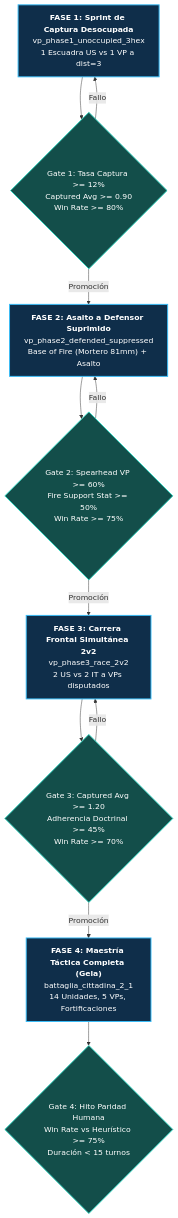
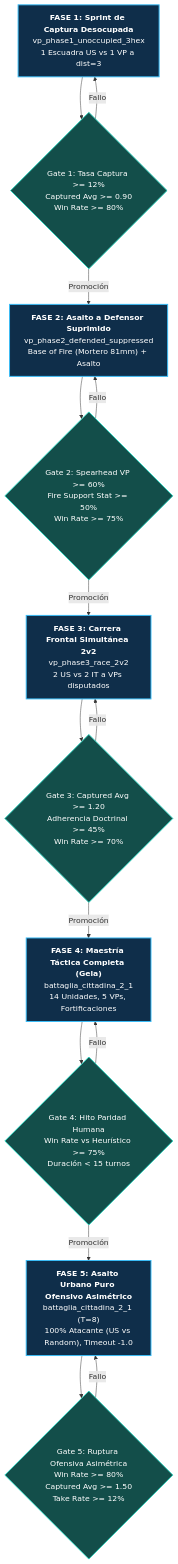
One commit to richardcc/assault-ai-pilot changed the first of 4 diagrams in docs/15_CURRICULUMS_Y_ENTRENAMIENTO_PROGRESSIVO.md. Above: the diagram before and after it, drawn with Mermaid. The commit also changed other lines of this file and 119 other files, not shown here.

````diff
--- a/docs/15_CURRICULUMS_Y_ENTRENAMIENTO_PROGRESSIVO.md
+++ b/docs/15_CURRICULUMS_Y_ENTRENAMIENTO_PROGRESSIVO.md
@@ -26,25 +26,31 @@
 ```mermaid
 flowchart TD
     classDef phase fill:#0f2e4a,stroke:#38bdf8,stroke-width:2px,color:#ffffff;
     classDef gate fill:#134e4a,stroke:#2dd4bf,stroke-width:2px,color:#ffffff;
 
     P1["<b>FASE 1: Sprint de Captura Desocupada</b><br/>vp_phase1_unoccupied_3hex<br/>1 Escuadra US vs 1 VP a dist=3"]:::phase
     G1{"Gate 1: Tasa Captura >= 12%<br/>Captured Avg >= 0.90<br/>Win Rate >= 80%"}:::gate
     P2["<b>FASE 2: Asalto a Defensor Suprimido</b><br/>vp_phase2_defended_suppressed<br/>Base of Fire (Mortero 81mm) + Asalto"]:::phase
     G2{"Gate 2: Spearhead VP >= 60%<br/>Fire Support Stat >= 50%<br/>Win Rate >= 75%"}:::gate
     P3["<b>FASE 3: Carrera Frontal Simultánea 2v2</b><br/>vp_phase3_race_2v2<br/>2 US vs 2 IT a VPs disputados"]:::phase
     G3{"Gate 3: Captured Avg >= 1.20<br/>Adherencia Doctrinal >= 45%<br/>Win Rate >= 70%"}:::gate
     P4["<b>FASE 4: Maestría Táctica Completa (Gela)</b><br/>battaglia_cittadina_2_1<br/>14 Unidades, 5 VPs, Fortificaciones"]:::phase
     G4{"Gate 4: Hito Paridad Humana<br/>Win Rate vs Heurístico >= 75%<br/>Duración < 15 turnos"}:::gate
+    P5["<b>FASE 5: Asalto Urbano Puro Ofensivo Asimétrico</b><br/>battaglia_cittadina_2_1 (T=8)<br/>100% Atacante (US vs Random), Timeout -1.0"]:::phase
+    G5{"Gate 5: Ruptura Ofensiva Asimétrica<br/>Win Rate >= 80%<br/>Captured Avg >= 1.50<br/>Take Rate >= 12%"}:::gate
 
     P1 --> G1
     G1 -- "Promoción" --> P2
     G1 -- "Fallo" --> P1
     P2 --> G2
     G2 -- "Promoción" --> P3
     G2 -- "Fallo" --> P2
     P3 --> G3
     G3 -- "Promoción" --> P4
     G3 -- "Fallo" --> P3
     P4 --> G4
+    G4 -- "Promoción" --> P5
+    G4 -- "Fallo" --> P4
+    P5 --> G5
+    G5 -- "Fallo" --> P5
 ```
````
